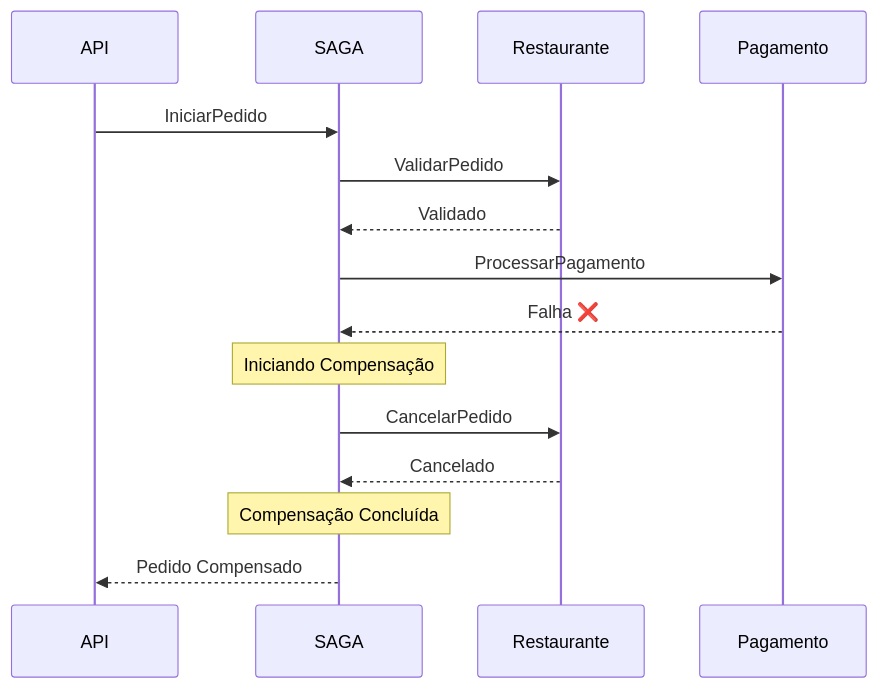
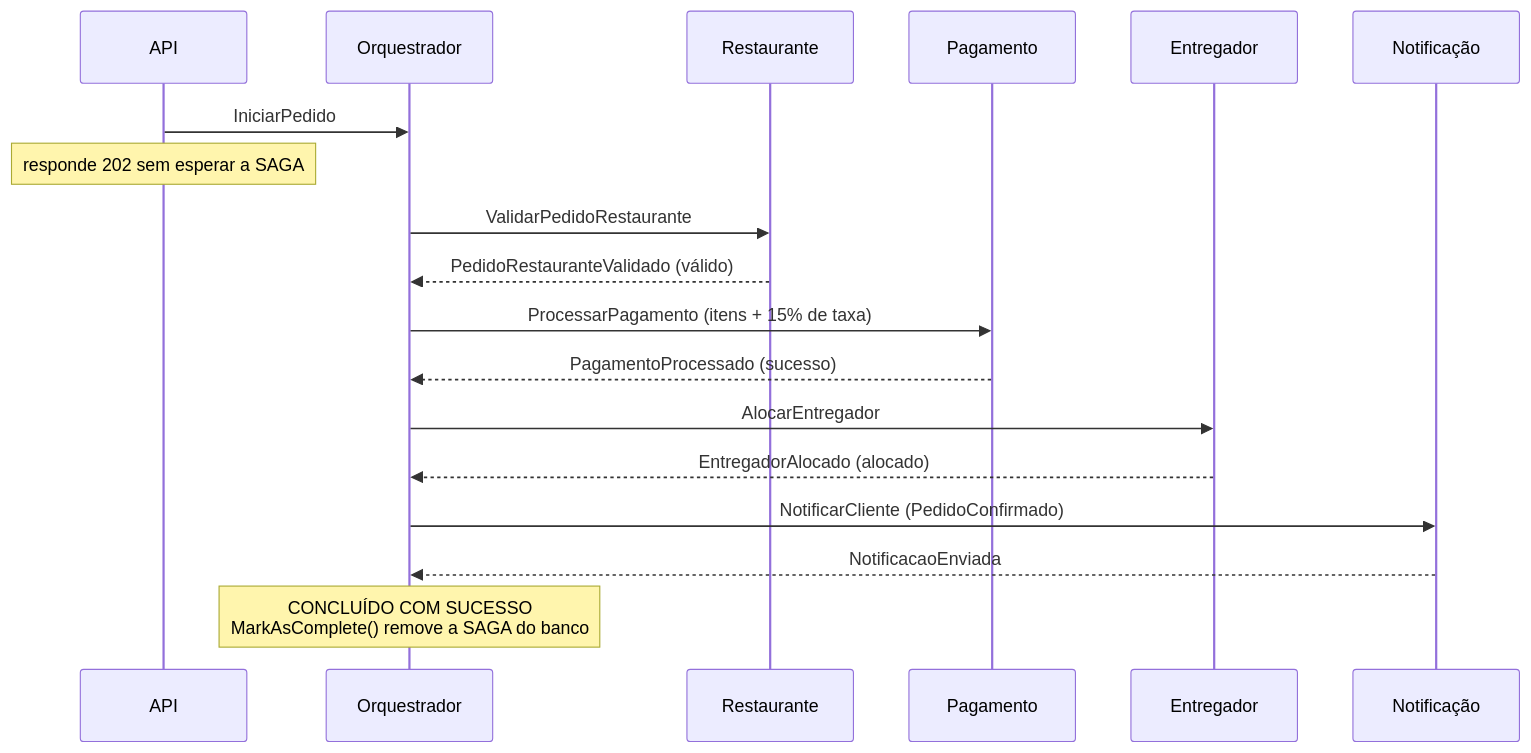
Before and after one commit to felipemarcianodev/saga-poc-dotnet: the first of 5 diagrams in docs/diagramas-compensacao.md, drawn with Mermaid. The commit also changed other lines of this file and 32 other files, not shown here.

````diff
--- a/docs/diagramas-compensacao.md
+++ b/docs/diagramas-compensacao.md
@@ -11,22 +13,26 @@
 ```mermaid
 sequenceDiagram
     participant API
-    participant SAGA
+    participant SAGA as Orquestrador
     participant Restaurante
     participant Pagamento
+    participant Entregador
+    participant Notificacao as Notificação
 
     API->>SAGA: IniciarPedido
-    SAGA->>Restaurante: ValidarPedido
-    Restaurante-->>SAGA: Validado
+    Note over API: responde 202 sem esperar a SAGA
 
-    SAGA->>Pagamento: ProcessarPagamento
-    Pagamento-->>SAGA: Falha ❌
+    SAGA->>Restaurante: ValidarPedidoRestaurante
+    Restaurante-->>SAGA: PedidoRestauranteValidado (válido)
 
-    Note over SAGA: Iniciando Compensação
+    SAGA->>Pagamento: ProcessarPagamento (itens + 15% de taxa)
+    Pagamento-->>SAGA: PagamentoProcessado (sucesso)
 
-    SAGA->>Restaurante: CancelarPedido
-    Restaurante-->>SAGA: Cancelado
+    SAGA->>Entregador: AlocarEntregador
+    Entregador-->>SAGA: EntregadorAlocado (alocado)
 
-    Note over SAGA: Compensação Concluída
-    SAGA-->>API: Pedido Compensado
+    SAGA->>Notificacao: NotificarCliente (PedidoConfirmado)
+    Notificacao-->>SAGA: NotificacaoEnviada
+
+    Note over SAGA: CONCLUÍDO COM SUCESSO<br/>MarkAsComplete() remove a SAGA do banco
 ```
````
